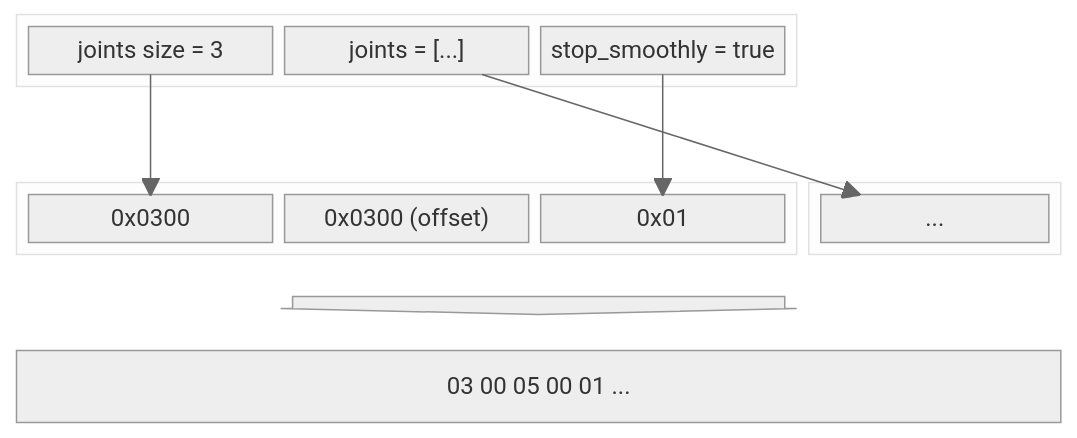
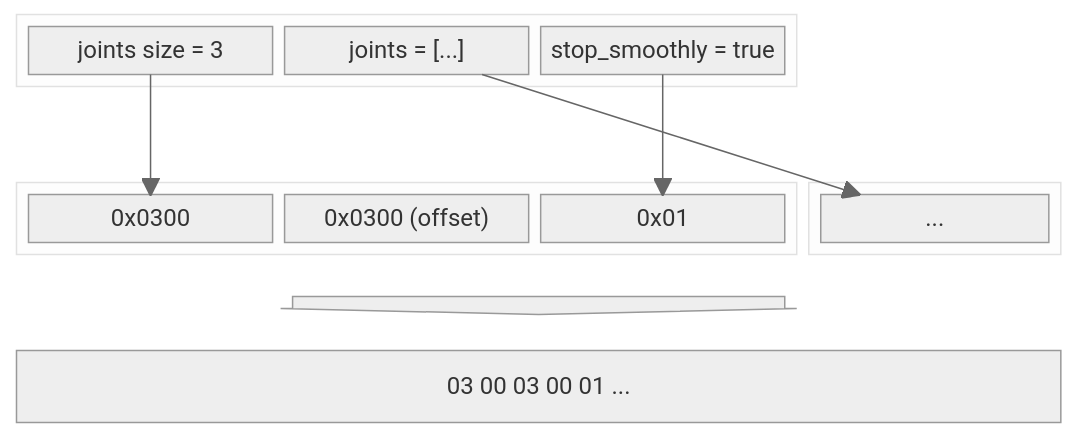
The third of 5 diagrams in README.md (ZachDaChampion/simple-buffers), drawn with Mermaid (neutral theme) before and after one commit. The commit also changed other lines of this file, not shown here.

````diff
--- a/README.md
+++ b/README.md
@@ -179,28 +179,28 @@
 ```mermaid
 block-beta
     columns 4
 
     block:raw:3
         rawjointslen["joints size = 3"]
         rawjoints["joints = [...]"]
         rawstop["stop_smoothly = true"]
     end
     space
     space:4
     block:serstatic:3
         serjointslen["0x0300"]
         serjointsptr["0x0300 (offset)"]
         serstop["0x01"]
     end
     block:serdyn:1
         serjointsdata["..."]
     end
     space:1 down<[" "]>(down):2 space:1
     block:final:4
-        final["03 00 05 00 01 ..."]:4
+        final["03 00 03 00 01 ..."]:4
     end
 
     rawjoints-->serjointsdata
     rawjointslen-->serjointslen
     rawstop-->serstop
 ```
````
